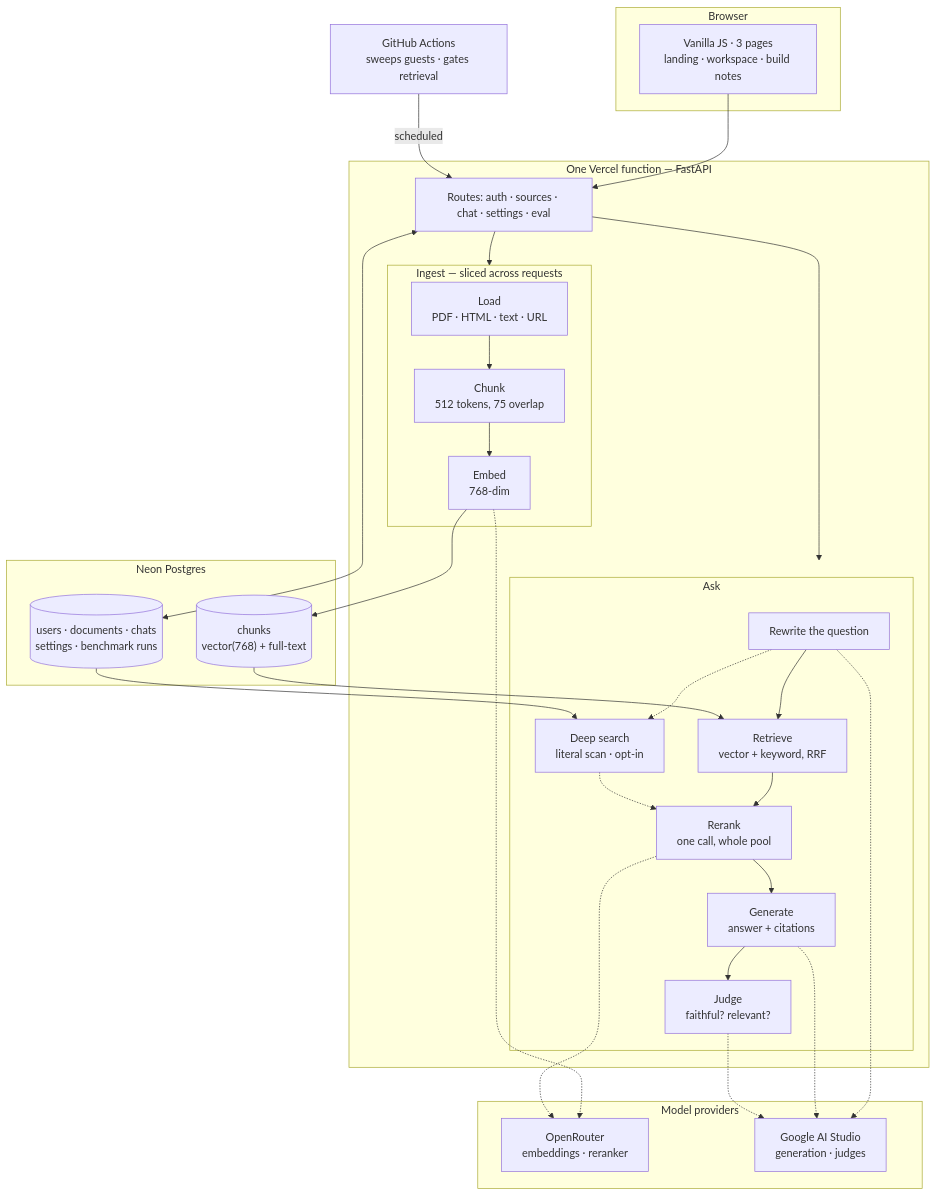
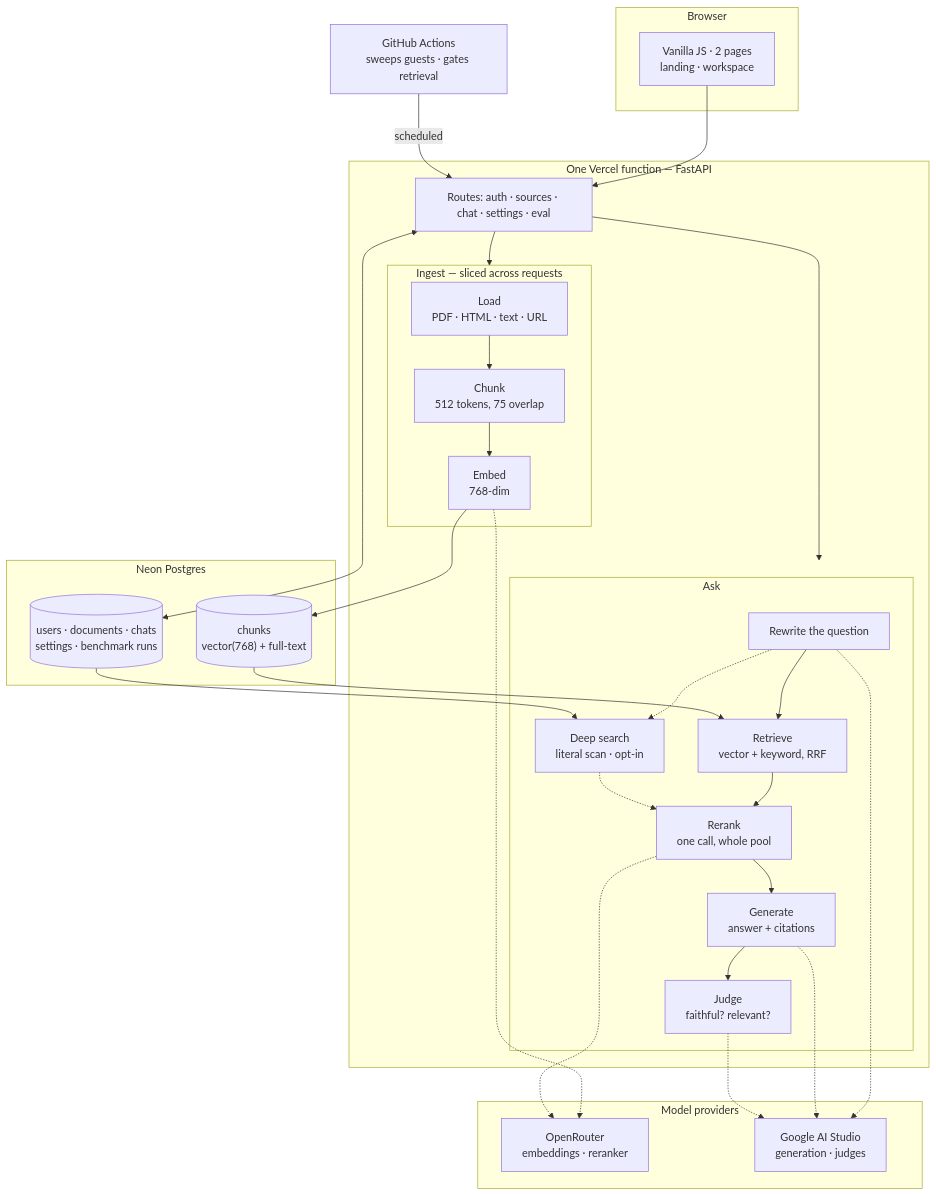
Before and after one commit to gelwuyl/RAG-it: the diagram in README.md, drawn with Mermaid. The commit also changed other lines of this file and 8 other files, not shown here.

````diff
--- a/README.md
+++ b/README.md
@@ -44,54 +43,54 @@
 ```mermaid
 flowchart TB
     subgraph client [" Browser "]
-        UI["Vanilla JS · 3 pages<br/>landing · workspace · build notes"]
+        UI["Vanilla JS · 2 pages<br/>landing · workspace"]
     end
 
     subgraph fn [" One Vercel function — FastAPI "]
         API["Routes: auth · sources · chat · settings · eval"]
 
         subgraph ingest [" Ingest — sliced across requests "]
             LOAD["Load<br/>PDF · HTML · text · URL"]
             CHUNK["Chunk<br/>512 tokens, 75 overlap"]
             EMB["Embed<br/>768-dim"]
             LOAD --> CHUNK --> EMB
         end
 
         subgraph ask [" Ask "]
             RW["Rewrite the question"]
             RET["Retrieve<br/>vector + keyword, RRF"]
             DEEP["Deep search<br/>literal scan · opt-in"]
             RR["Rerank<br/>one call, whole pool"]
             GEN["Generate<br/>answer + citations"]
             JUDGE["Judge<br/>faithful? relevant?"]
             RW --> RET --> RR --> GEN --> JUDGE
             RW -.-> DEEP -.-> RR
         end
     end
 
     subgraph neon [" Neon Postgres "]
         VEC[("chunks<br/>vector(768) + full-text")]
         APPDB[("users · documents · chats<br/>settings · benchmark runs")]
     end
 
     subgraph ext [" Model providers "]
         OR["OpenRouter<br/>embeddings · reranker"]
         GAI["Google AI Studio<br/>generation · judges"]
     end
 
     GH["GitHub Actions<br/>sweeps guests · gates retrieval"]
 
     UI --> API
     API --> ingest
     API --> ask
     EMB --> VEC
     VEC --> RET
     APPDB --> DEEP
     API <--> APPDB
     EMB -.-> OR
     RR -.-> OR
     RW -.-> GAI
     GEN -.-> GAI
     JUDGE -.-> GAI
     GH -->|scheduled| API
 ```
````
